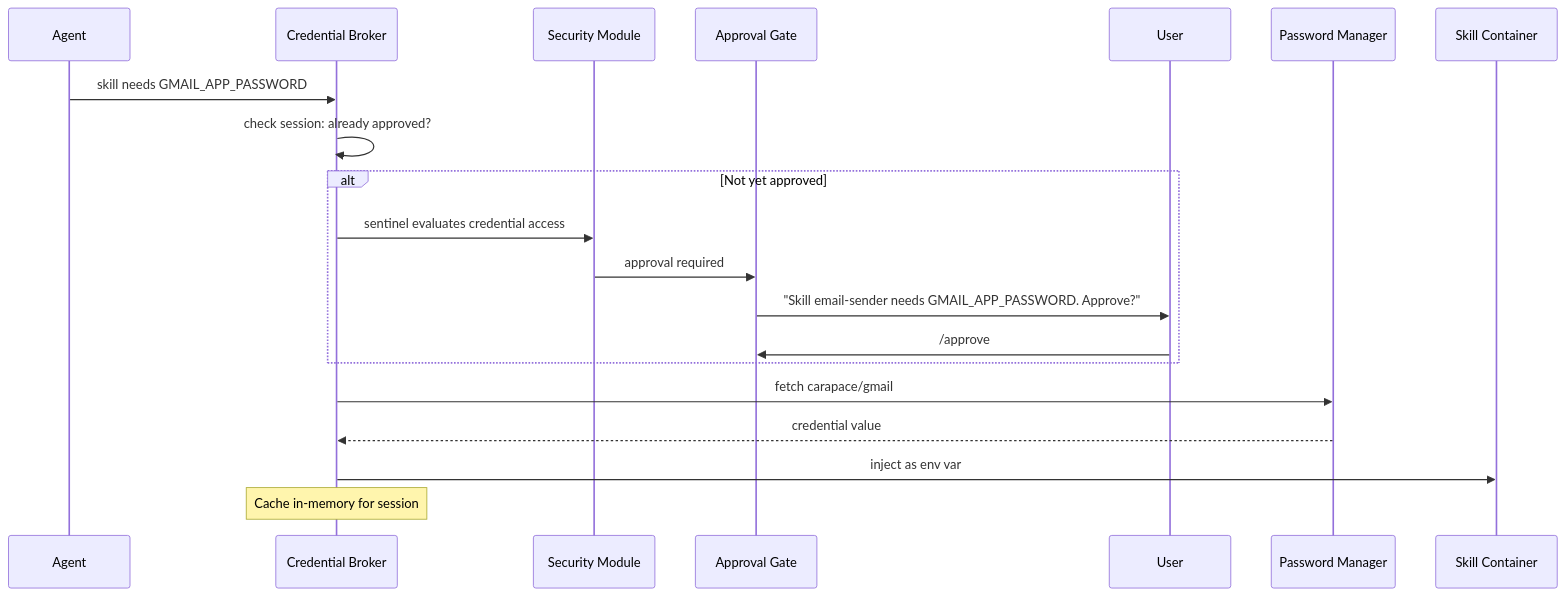
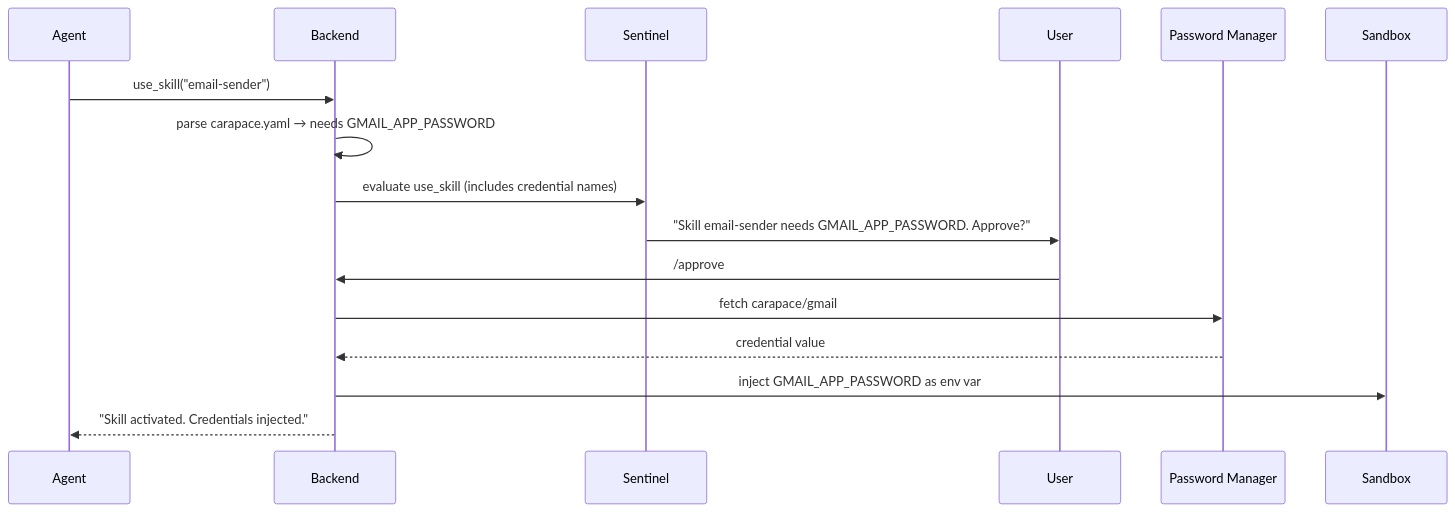
Before and after one commit to thiesgerken/carapace: the first of 2 diagrams in docs/plans/credentials.md, drawn with Mermaid. The commit also changed other lines of this file and 2 other files, not shown here.

Commit message:
📋 docs: update roadmap with UI improvements and restructured authentication plans; remove Kubernetes enhancements section

````diff
--- a/docs/plans/credentials.md
+++ b/docs/plans/credentials.md
@@ -37,25 +87,20 @@
 ```mermaid
 sequenceDiagram
     participant Agent
-    participant CredBroker as Credential Broker
-    participant Security as Security Module
-    participant Gate as Approval Gate
+    participant Backend
+    participant Sentinel
     participant User
     participant Vault as Password Manager
-    participant Container as Skill Container
+    participant Sandbox
 
-    Agent->>CredBroker: skill needs GMAIL_APP_PASSWORD
-    CredBroker->>CredBroker: check session: already approved?
+    Agent->>Backend: use_skill("email-sender")
+    Backend->>Backend: parse carapace.yaml → needs GMAIL_APP_PASSWORD
+    Backend->>Sentinel: evaluate use_skill (includes credential names)
+    Sentinel->>User: "Skill email-sender needs GMAIL_APP_PASSWORD. Approve?"
+    User->>Backend: /approve
 
-    alt Not yet approved
-        CredBroker->>Security: sentinel evaluates credential access
-        Security->>Gate: approval required
-        Gate->>User: "Skill email-sender needs GMAIL_APP_PASSWORD. Approve?"
-        User->>Gate: /approve
-    end
-
-    CredBroker->>Vault: fetch carapace/gmail
-    Vault-->>CredBroker: credential value
-    CredBroker->>Container: inject as env var
-    Note over CredBroker: Cache in-memory for session
+    Backend->>Vault: fetch carapace/gmail
+    Vault-->>Backend: credential value
+    Backend->>Sandbox: inject GMAIL_APP_PASSWORD as env var
+    Backend-->>Agent: "Skill activated. Credentials injected."
 ```
````
